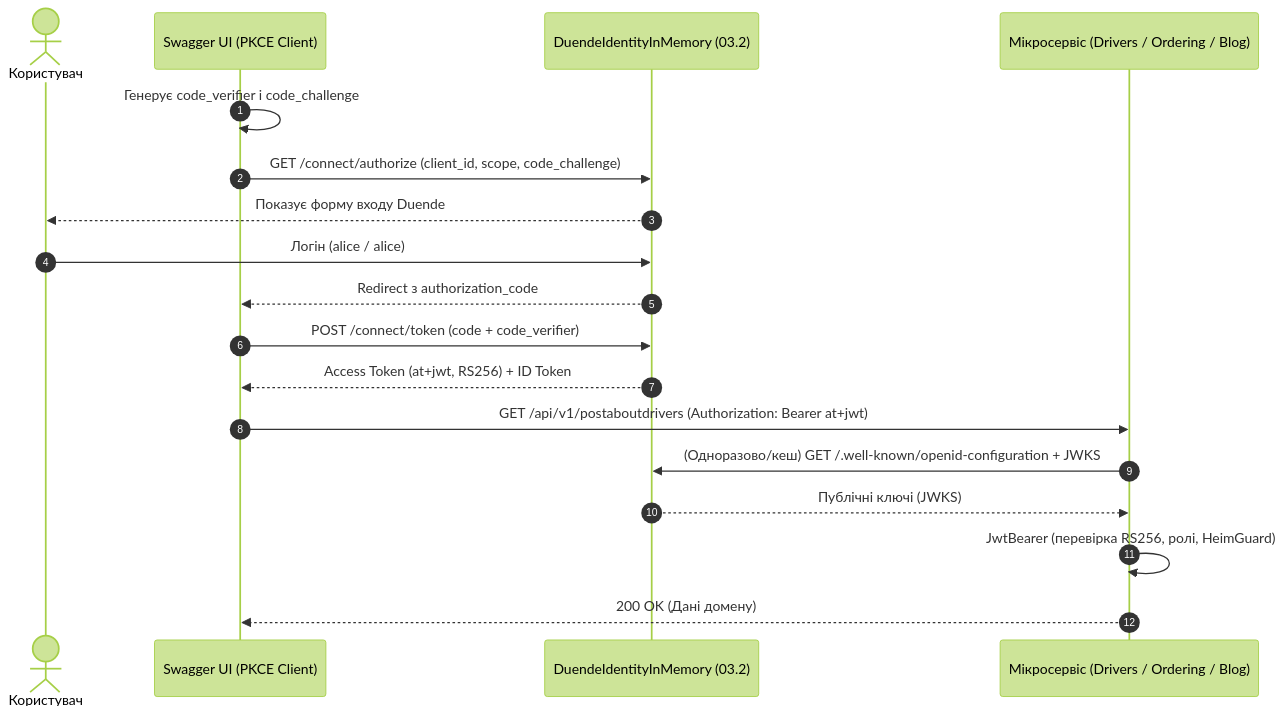
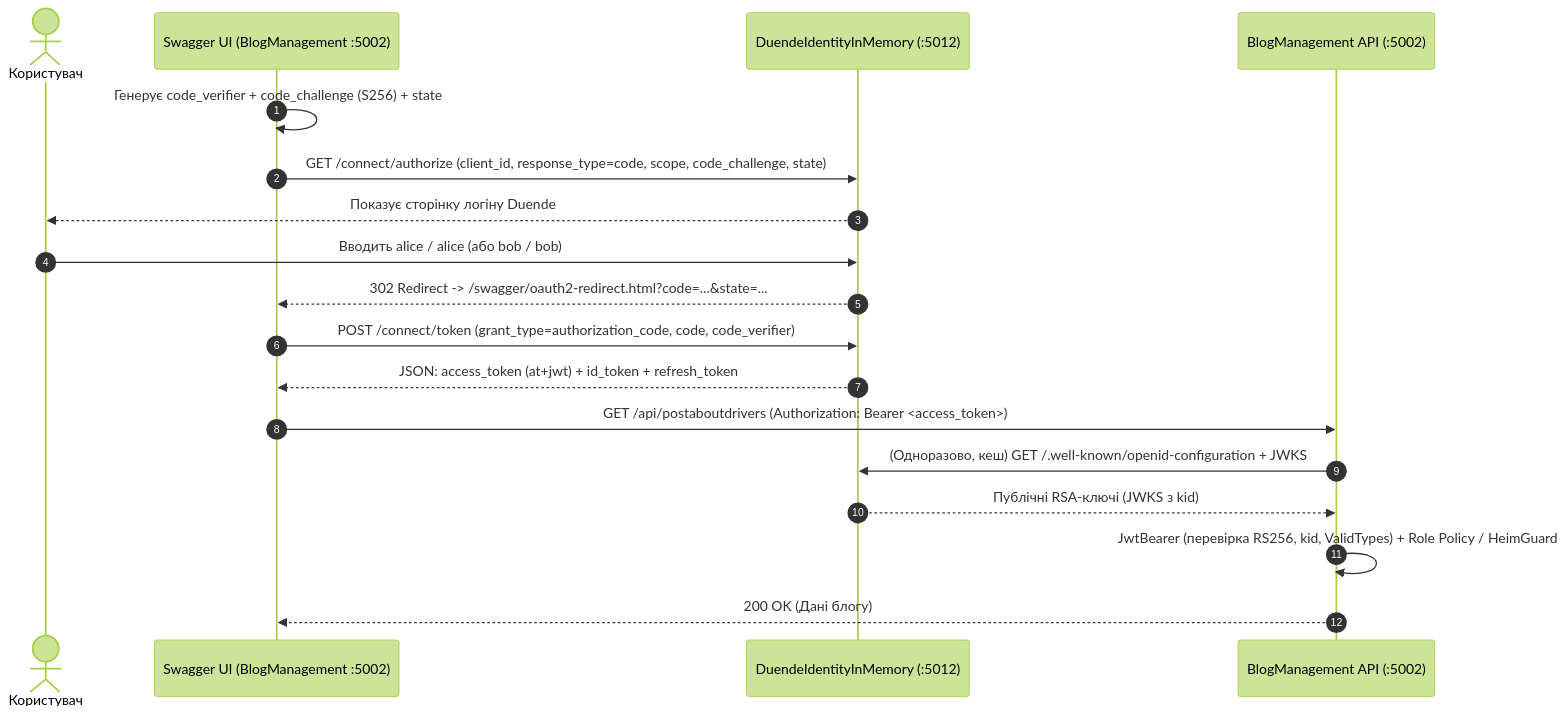
The diagram in 02-Microservices-Craftsman/02-03-Identity-Security-Documentation/03.2_Duende_IdentityServer_OIDC.md (MrTomkaYurii/Demo-AspNet-CargoDeliveryService), drawn with Mermaid (forest theme) before and after one commit. The commit also changed other lines of this file and 26 other files, not shown here.

Commit message:
Improve 03.1-03.3 auth guides, Duende UI/comments, BlogManagement auth, and KeycloakPulumiAuth

````diff
--- a/02-Microservices-Craftsman/02-03-Identity-Security-Documentation/03.2_Duende_IdentityServer_OIDC.md
+++ b/02-Microservices-Craftsman/02-03-Identity-Security-Documentation/03.2_Duende_IdentityServer_OIDC.md
@@ -34,23 +36,23 @@
 ```mermaid
 sequenceDiagram
     autonumber
     actor User as Користувач
-    participant Sw as Swagger UI (PKCE Client)
-    participant STS as DuendeIdentityInMemory (03.2)
-    participant API as Мікросервіс (Drivers / Ordering / Blog)
+    participant Sw as Swagger UI (BlogManagement :5002)
+    participant STS as DuendeIdentityInMemory (:5012)
+    participant API as BlogManagement API (:5002)
 
-    Sw->>Sw: Генерує code_verifier і code_challenge
-    Sw->>STS: GET /connect/authorize (client_id, scope, code_challenge)
-    STS-->>User: Показує форму входу Duende
-    User->>STS: Логін (alice / alice)
-    STS-->>Sw: Redirect з authorization_code
+    Sw->>Sw: Генерує code_verifier + code_challenge (S256) + state
+    Sw->>STS: GET /connect/authorize (client_id, response_type=code, scope, code_challenge, state)
+    STS-->>User: Показує сторінку логіну Duende
+    User->>STS: Вводить alice / alice (або bob / bob)
+    STS-->>Sw: 302 Redirect -> /swagger/oauth2-redirect.html?code=...&state=...
 
-    Sw->>STS: POST /connect/token (code + code_verifier)
-    STS-->>Sw: Access Token (at+jwt, RS256) + ID Token
+    Sw->>STS: POST /connect/token (grant_type=authorization_code, code, code_verifier)
+    STS-->>Sw: JSON: access_token (at+jwt) + id_token + refresh_token
 
-    Sw->>API: GET /api/v1/postaboutdrivers (Authorization: Bearer at+jwt)
-    API->>STS: (Одноразово/кеш) GET /.well-known/openid-configuration + JWKS
-    STS-->>API: Публічні ключі (JWKS)
-    API->>API: JwtBearer (перевірка RS256, ролі, HeimGuard)
-    API-->>Sw: 200 OK (Дані домену)
+    Sw->>API: GET /api/postaboutdrivers (Authorization: Bearer <access_token>)
+    API->>STS: (Одноразово, кеш) GET /.well-known/openid-configuration + JWKS
+    STS-->>API: Публічні RSA-ключі (JWKS з kid)
+    API->>API: JwtBearer (перевірка RS256, kid, ValidTypes) + Role Policy / HeimGuard
+    API-->>Sw: 200 OK (Дані блогу)
 ```
````
